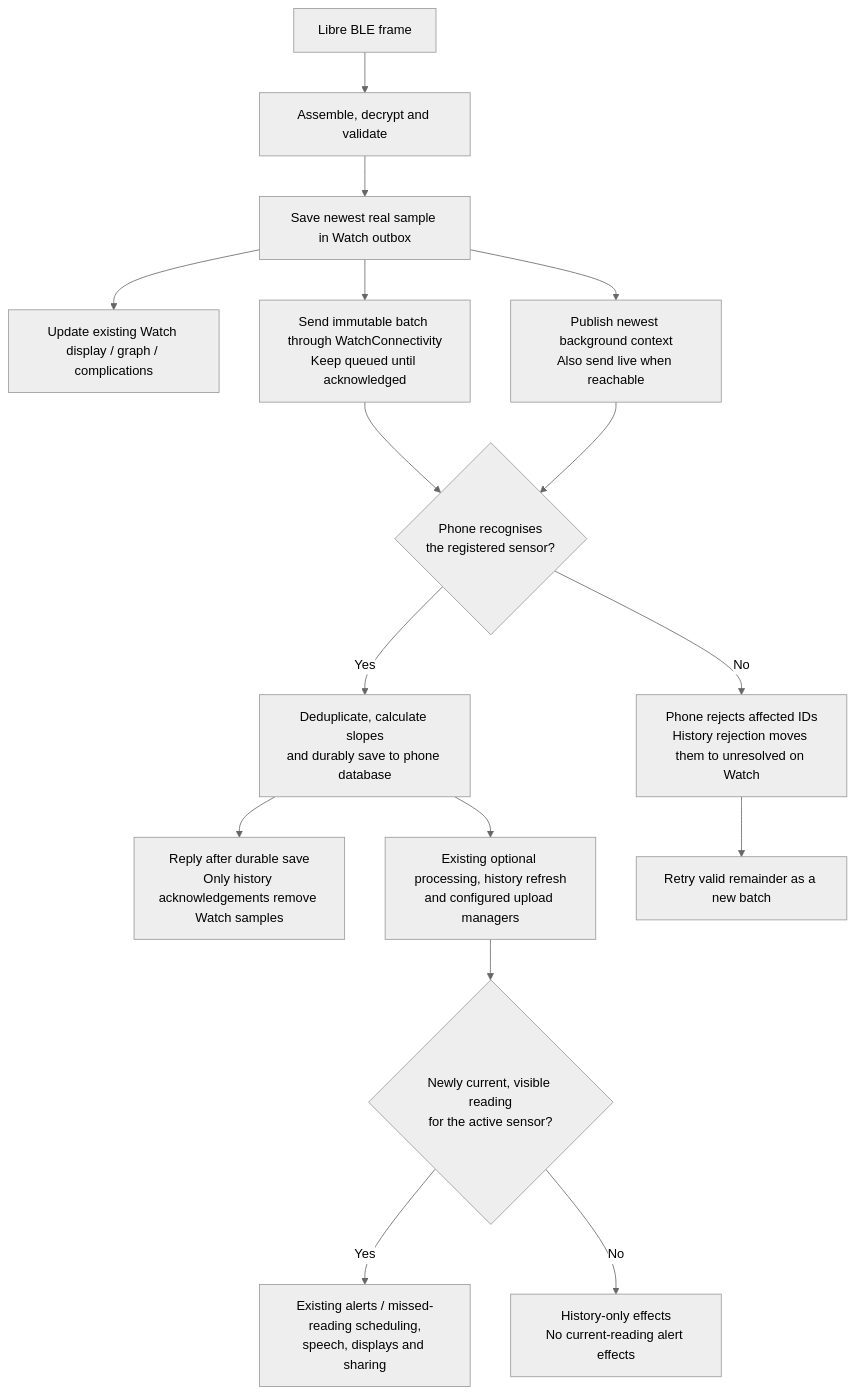
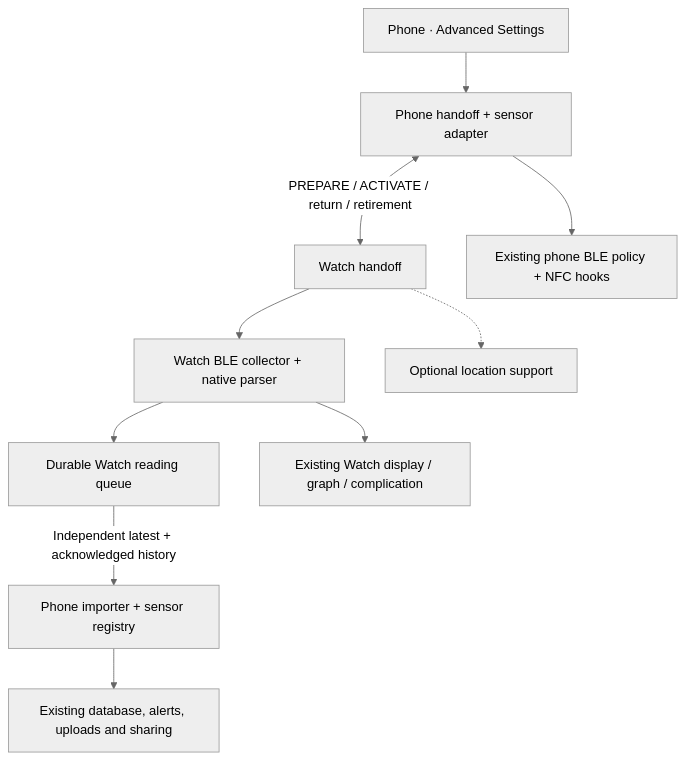
One commit to rnederstigt/xdripswift changed the diagram in xDrip Watch Direct Libre2 AddOn/Docs/ARCHITECTURE.md. Above: the diagram before and after it, drawn with Mermaid (neutral theme). The commit also changed other lines of this file and 64 other files, not shown here.

First line of the commit message:
Simplify Direct Libre add-on and Watch connection controls

````diff
--- a/xDrip Watch Direct Libre2 AddOn/Docs/ARCHITECTURE.md
+++ b/xDrip Watch Direct Libre2 AddOn/Docs/ARCHITECTURE.md
@@ -155,18 +18,12 @@
 ```mermaid
 flowchart TD
-    Sensor["Libre BLE frame"] --> Decode["Assemble, decrypt and validate"]
-    Decode --> Save["Save newest real sample in Watch outbox"]
-    Save --> Display["Update existing Watch display / graph / complications"]
-    Save --> Latest["Publish newest background context\nAlso send live when reachable"]
-    Save --> Transfer["Send immutable batch through WatchConnectivity\nKeep queued until acknowledged"]
-    Transfer --> Match{"Phone recognises\nthe registered sensor?"}
-    Latest --> Match
-    Match -->|"Yes"| Import["Deduplicate, calculate slopes\nand durably save to phone database"]
-    Import --> Ack["Reply after durable save\nOnly history acknowledgements remove Watch samples"]
-    Import --> Processing["Existing optional processing, history refresh\nand configured upload managers"]
-    Processing --> Current{"Newly current, visible reading\nfor the active sensor?"}
-    Current -->|"Yes"| Live["Existing alerts / missed-reading scheduling,\nspeech, displays and sharing"]
-    Current -->|"No"| History["History-only effects\nNo current-reading alert effects"]
-    Match -->|"No"| Unresolved["Phone rejects affected IDs\nHistory rejection moves them to unresolved on Watch"]
-    Unresolved --> Remainder["Retry valid remainder as a new batch"]
+    UI["Phone · Advanced Settings"] --> Phone["Phone handoff + sensor adapter"]
+    Phone <-->|"PREPARE / ACTIVATE / return / retirement"| Watch["Watch handoff"]
+    Phone --> Guard["Existing phone BLE policy + NFC hooks"]
+    Watch --> Collector["Watch BLE collector + native parser"]
+    Collector --> Queue["Durable Watch reading queue"]
+    Collector --> Display["Existing Watch display / graph / complication"]
+    Queue -->|"Independent latest + acknowledged history"| Import["Phone importer + sensor registry"]
+    Import --> Services["Existing database, alerts, uploads and sharing"]
+    Watch -.-> Location["Optional location support"]
 ```
````
